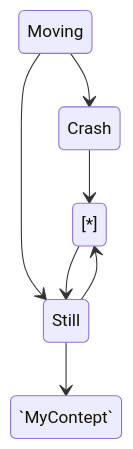
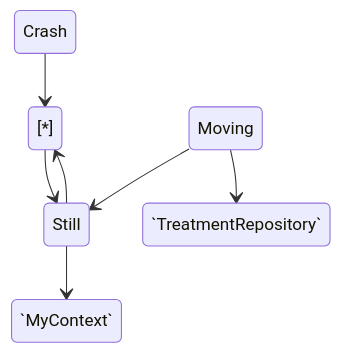
One commit to swimmio/csharp-shaul-test changed the first of 2 diagrams in .swm/marmaid-draft.gby47omg.sw.md. Above: the diagram before and after it, drawn with Mermaid. The commit also changed other lines of this file, not shown here.

````diff
--- a/.swm/marmaid-draft.gby47omg.sw.md
+++ b/.swm/marmaid-draft.gby47omg.sw.md
@@ -9,10 +9,10 @@
 ```mermaid
 stateDiagram-v2
 [\*] --> Still
 Still --> [\*]
-Still --> `MyContept`
+Still --> `MyContext`
 Moving --> Still
-Moving --> Crash
+Moving --> `TreatmentRepository`
 Crash --> [\*]
 
 ```
````
